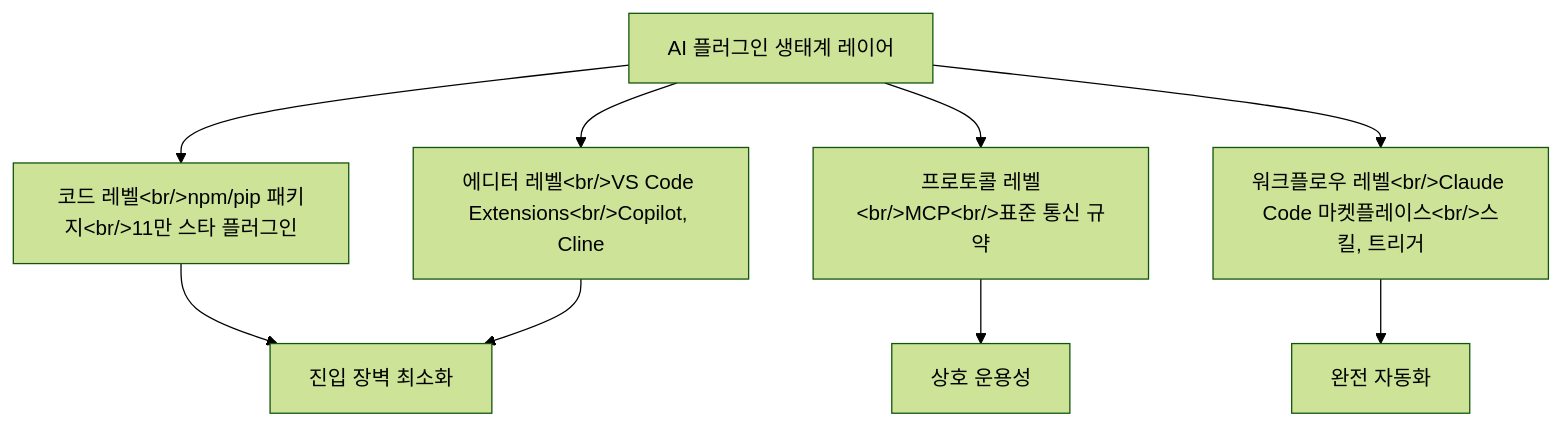
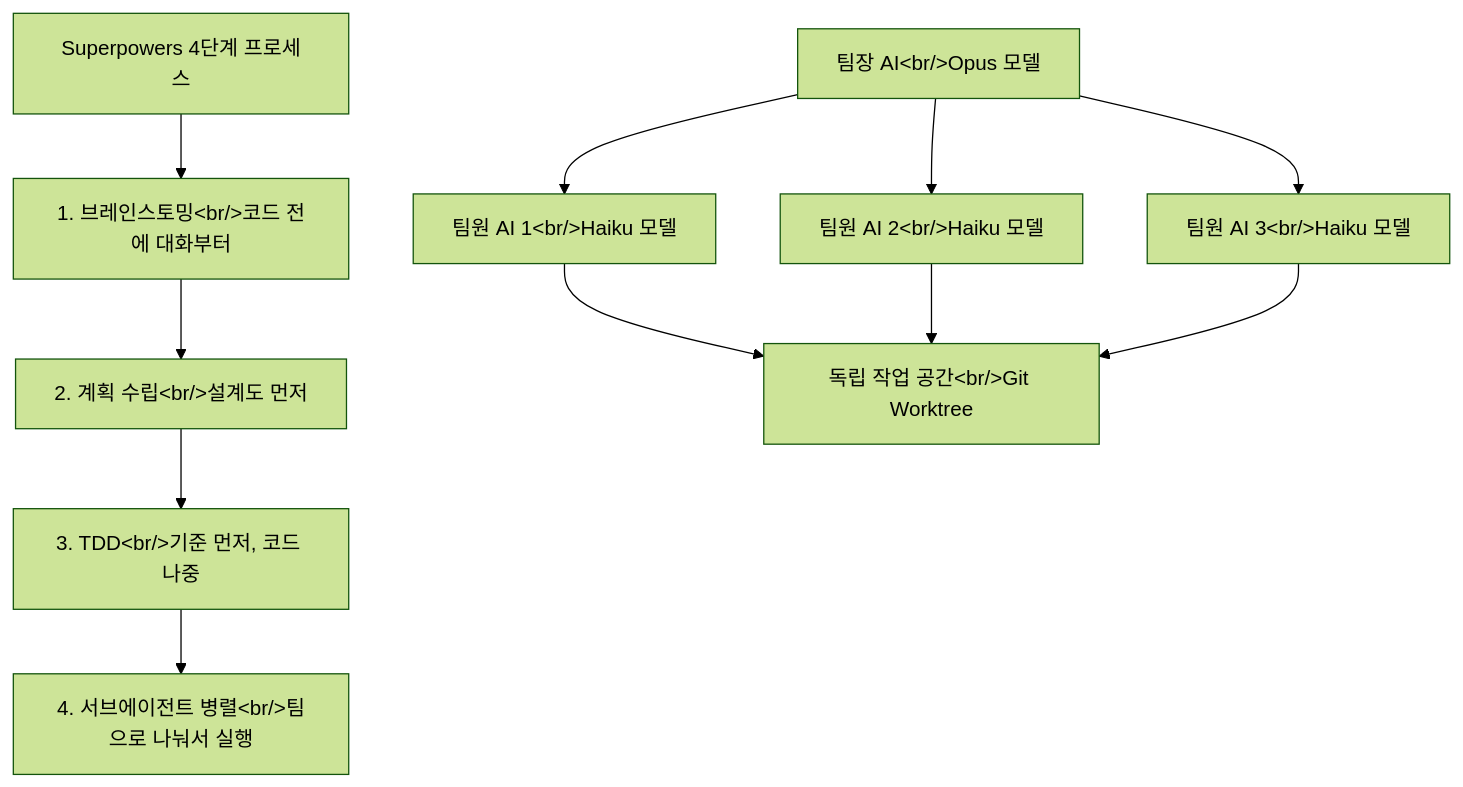
One commit to ice-ice-bear/ice-ice-bear.github.io changed the diagram in content/posts/2026-03-30-ai-plugin-ecosystem.md. Above: the diagram before and after it, drawn with Mermaid (forest theme). The commit also changed other lines of this file, not shown here.

First line of the commit message:
fix: AI 플러그인 포스트를 Superpowers 분석으로 전면 재작성

````diff
--- a/content/posts/2026-03-30-ai-plugin-ecosystem.md
+++ b/content/posts/2026-03-30-ai-plugin-ecosystem.md
@@ -75,11 +18,13 @@
 ```mermaid
 graph TD
-    A["AI 플러그인 생태계 레이어"] --> B["코드 레벨&lt;br/&gt;npm/pip 패키지&lt;br/&gt;11만 스타 플러그인"]
-    A --> C["에디터 레벨&lt;br/&gt;VS Code Extensions&lt;br/&gt;Copilot, Cline"]
-    A --> D["프로토콜 레벨&lt;br/&gt;MCP&lt;br/&gt;표준 통신 규약"]
-    A --> E["워크플로우 레벨&lt;br/&gt;Claude Code 마켓플레이스&lt;br/&gt;스킬, 트리거"]
-    B --> F["진입 장벽 최소화"]
-    C --> F
-    D --> G["상호 운용성"]
-    E --> H["완전 자동화"]
+    A["Superpowers 4단계 프로세스"] --> B["1. 브레인스토밍&lt;br/&gt;코드 전에 대화부터"]
+    B --> C["2. 계획 수립&lt;br/&gt;설계도 먼저"]
+    C --> D["3. TDD&lt;br/&gt;기준 먼저, 코드 나중"]
+    D --> E["4. 서브에이전트 병렬&lt;br/&gt;팀으로 나눠서 실행"]
+    F["팀장 AI&lt;br/&gt;Opus 모델"] --> G["팀원 AI 1&lt;br/&gt;Haiku 모델"]
+    F --> H["팀원 AI 2&lt;br/&gt;Haiku 모델"]
+    F --> I["팀원 AI 3&lt;br/&gt;Haiku 모델"]
+    G --> J["독립 작업 공간&lt;br/&gt;Git Worktree"]
+    H --> J
+    I --> J
 ```
````
